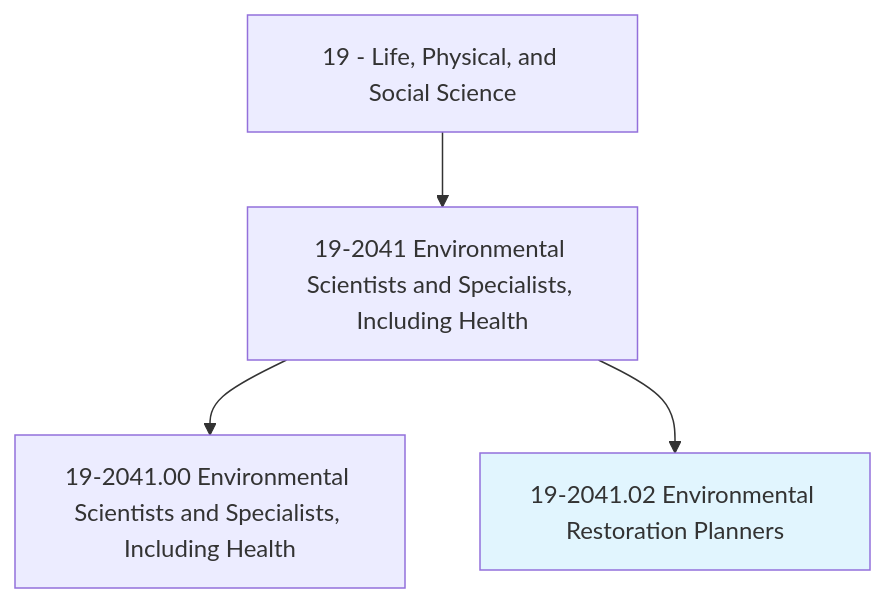
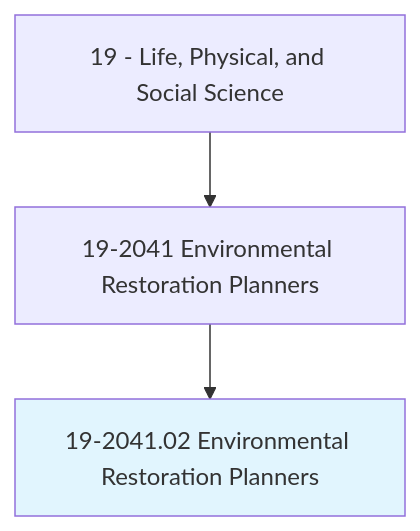
One commit to kziemski/business.org.ai changed the first of 4 diagrams in occupations/Science/EnvironmentalRestorationPlanners.mdx. Above: the diagram before and after it, drawn with Mermaid. The commit also changed other lines of this file and 938 other files, not shown here.

````diff
--- a/occupations/Science/EnvironmentalRestorationPlanners.mdx
+++ b/occupations/Science/EnvironmentalRestorationPlanners.mdx
@@ -19,7 +23,6 @@
 ```mermaid
 graph TD
-    Cat19["19 - Life, Physical, and Social Science"] --> Group192041["19-2041 Environmental Scientists and Specialists, Including Health"]
-    Group192041 --> Base["19-2041.00 Environmental Scientists and Specialists, Including Health"]
+    Cat19["19 - Life, Physical, and Social Science"] --> Group192041["19-2041 Environmental Restoration Planners"]
     Group192041 --> Current["19-2041.02 Environmental Restoration Planners"]
     style Current fill:#e1f5fe
 ```
````
